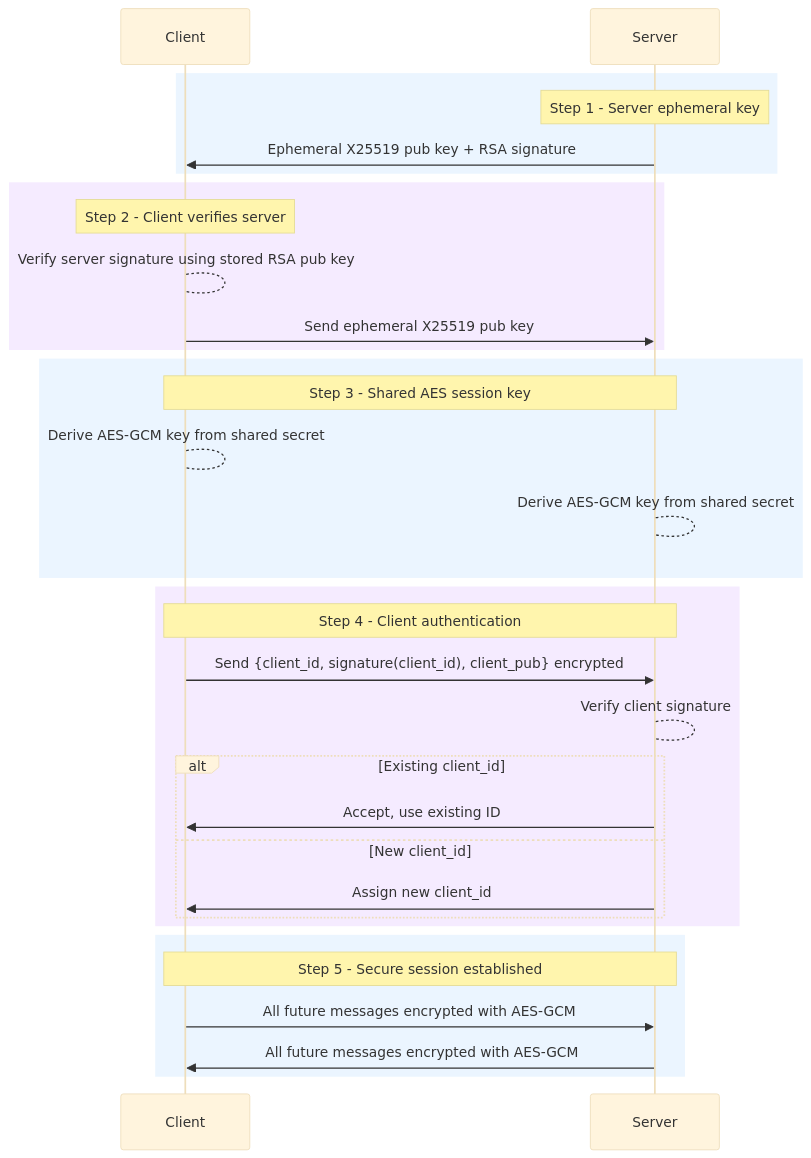
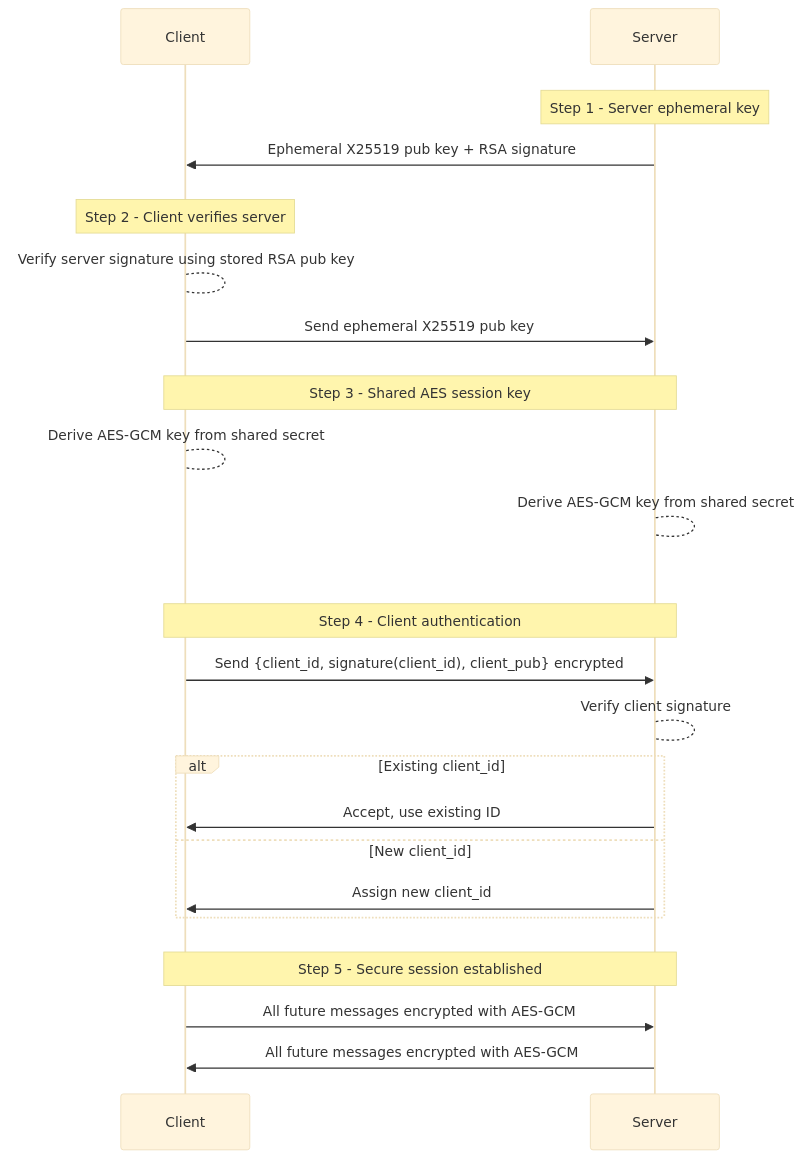
Before and after one commit to lorenzoamantea1/ShieldChat: the diagram in README.md, drawn with Mermaid (base theme). The commit also changed other lines of this file, not shown here.

````diff
--- a/README.md
+++ b/README.md
@@ -34,39 +34,39 @@
 ```mermaid
 sequenceDiagram
     participant Client
     participant Server
 
-    rect rgb(235, 245, 255)
+    rect transparent
         Note over Server: Step 1 - Server ephemeral key
         Server->>Client: Ephemeral X25519 pub key + RSA signature
     end
 
-    rect rgb(245, 235, 255)
+    rect transparent
         Note over Client: Step 2 - Client verifies server
         Client-->Client: Verify server signature using stored RSA pub key
         Client->>Server: Send ephemeral X25519 pub key
     end
 
-    rect rgb(235, 245, 255)
+    rect transparent
         Note over Client,Server: Step 3 - Shared AES session key
         Client-->Client: Derive AES-GCM key from shared secret
         Server-->Server: Derive AES-GCM key from shared secret
     end
 
-    rect rgb(245, 235, 255)
+    rect transparent
         Note over Client,Server: Step 4 - Client authentication
         Client->>Server: Send {client_id, signature(client_id), client_pub} encrypted
         Server-->Server: Verify client signature
         alt Existing client_id
             Server->>Client: Accept, use existing ID
         else New client_id
             Server->>Client: Assign new client_id
         end
     end
 
-    rect rgb(235, 245, 255)
+    rect transparent
         Note over Client,Server: Step 5 - Secure session established
         Client->>Server: All future messages encrypted with AES-GCM
         Server->>Client: All future messages encrypted with AES-GCM
     end
 ```
````
